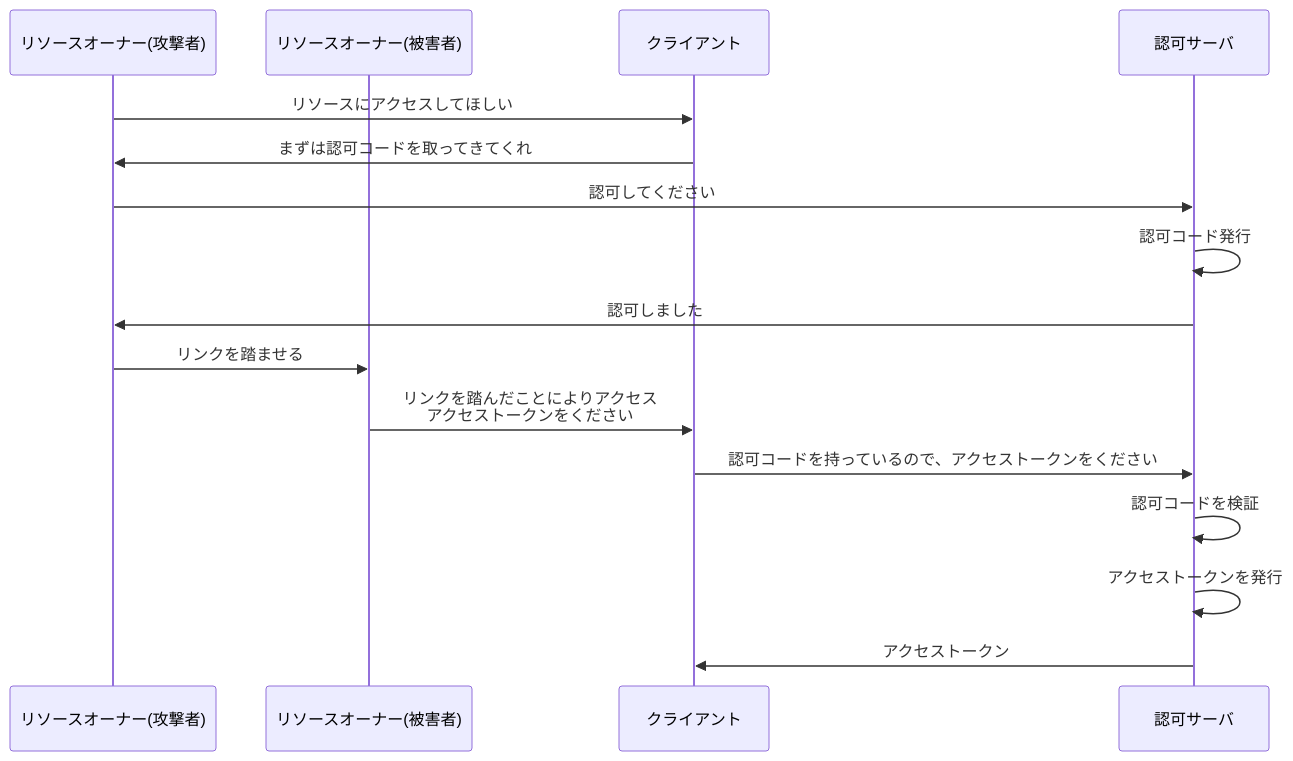
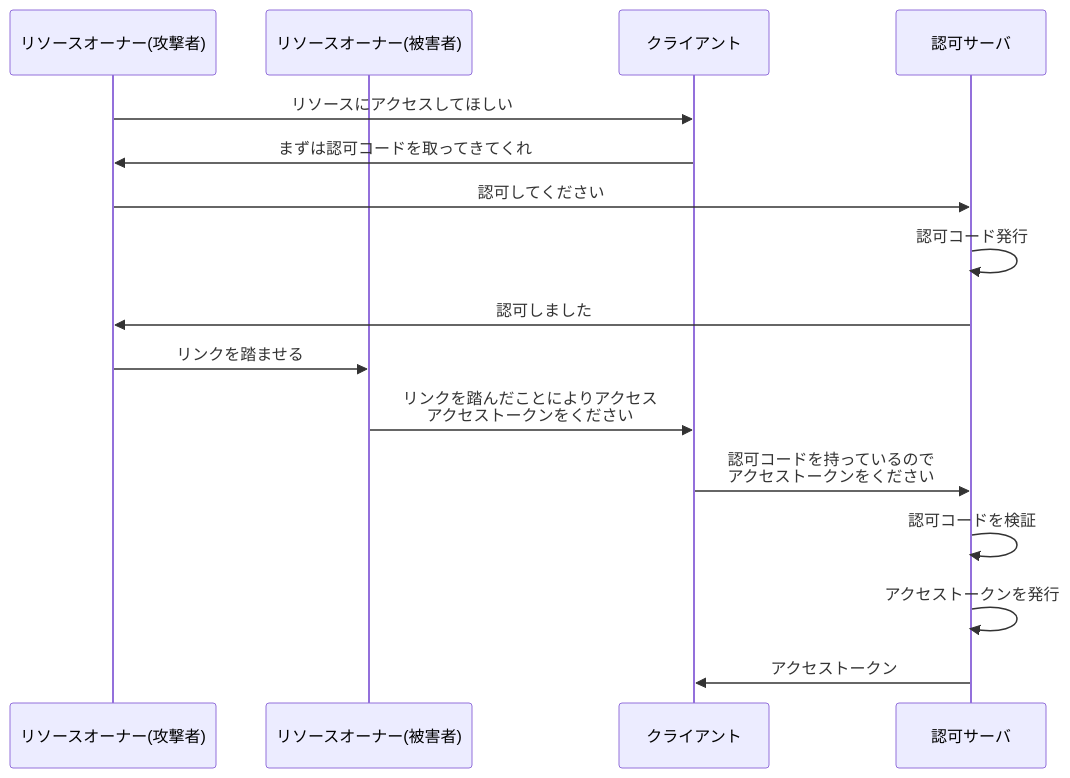
Before and after one commit to calloc134/zenn-dir: diagram 13 of 18 in articles/5e8da6c491e720.md, drawn with Mermaid. The commit also changed other lines of this file, not shown here.

````diff
--- a/articles/5e8da6c491e720.md
+++ b/articles/5e8da6c491e720.md
@@ -1175,19 +1175,19 @@
 ```mermaid
 sequenceDiagram
     participant リソースオーナー(攻撃者)
     participant リソースオーナー(被害者)
     participant クライアント
     participant 認可サーバ
 
     リソースオーナー(攻撃者)->>クライアント: リソースにアクセスしてほしい
     クライアント->>リソースオーナー(攻撃者): まずは認可コードを取ってきてくれ
     リソースオーナー(攻撃者)->>認可サーバ: 認可してください
     認可サーバ->>認可サーバ: 認可コード発行
     認可サーバ->>リソースオーナー(攻撃者): 認可しました
   リソースオーナー(攻撃者)->>リソースオーナー(被害者): リンクを踏ませる
   リソースオーナー(被害者)->>クライアント: リンクを踏んだことによりアクセス<br>アクセストークンをください
-  クライアント->>認可サーバ: 認可コードを持っているので、アクセストークンをください
+  クライアント->>認可サーバ: 認可コードを持っているので<br>アクセストークンをください
   認可サーバ->>認可サーバ: 認可コードを検証
   認可サーバ->>認可サーバ: アクセストークンを発行
   認可サーバ->>クライアント: アクセストークン
 ```
````
